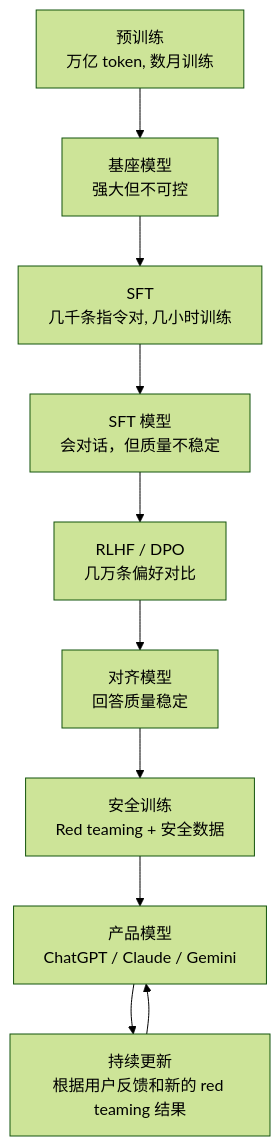
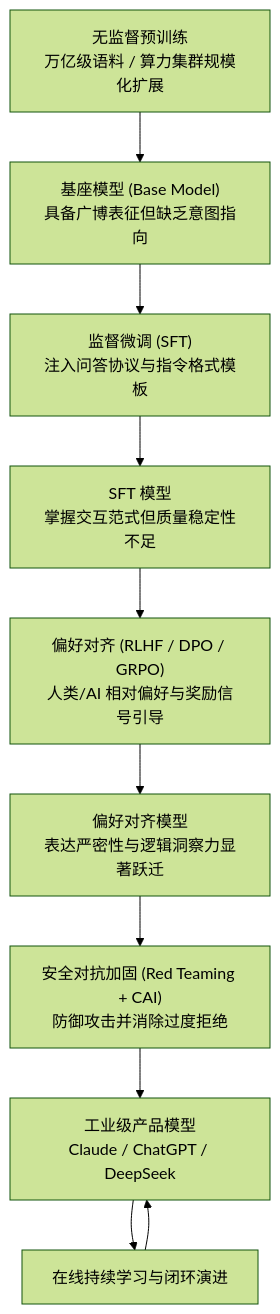
The fifth of 6 diagrams in chapters/04-alignment.md (yingwang/thinking-in-llm), drawn with Mermaid (forest theme) before and after one commit. The commit also changed other lines of this file and 31 other files, not shown here.

````diff
--- a/chapters/04-alignment.md
+++ b/chapters/04-alignment.md
@@ -615,16 +524,16 @@
 ```mermaid
 graph TD
-    A["预训练<br/>万亿 token, 数月训练"] --> B["基座模型<br/>强大但不可控"]
+    A["无监督预训练<br/>万亿级语料 / 算力集群规模化扩展"] --> B["基座模型 (Base Model)<br/>具备广博表征但缺乏意图指向"]
     
-    B --> C["SFT<br/>几千条指令对, 几小时训练"]
-    C --> D["SFT 模型<br/>会对话，但质量不稳定"]
+    B --> C["监督微调 (SFT)<br/>注入问答协议与指令格式模板"]
+    C --> D["SFT 模型<br/>掌握交互范式但质量稳定性不足"]
     
-    D --> E["RLHF / DPO<br/>几万条偏好对比"]
-    E --> F["对齐模型<br/>回答质量稳定"]
+    D --> E["偏好对齐 (RLHF / DPO / GRPO)<br/>人类/AI 相对偏好与奖励信号引导"]
+    E --> F["偏好对齐模型<br/>表达严密性与逻辑洞察力显著跃迁"]
     
-    F --> G["安全训练<br/>Red teaming + 安全数据"]
-    G --> H["产品模型<br/>ChatGPT / Claude / Gemini"]
+    F --> G["安全对抗加固 (Red Teaming + CAI)<br/>防御攻击并消除过度拒绝"]
+    G --> H["工业级产品模型<br/>Claude / ChatGPT / DeepSeek"]
     
-    H --> I["持续更新<br/>根据用户反馈和新的 red teaming 结果"]
+    H --> I["在线持续学习与闭环演进"]
     I --> H
 ```
````
